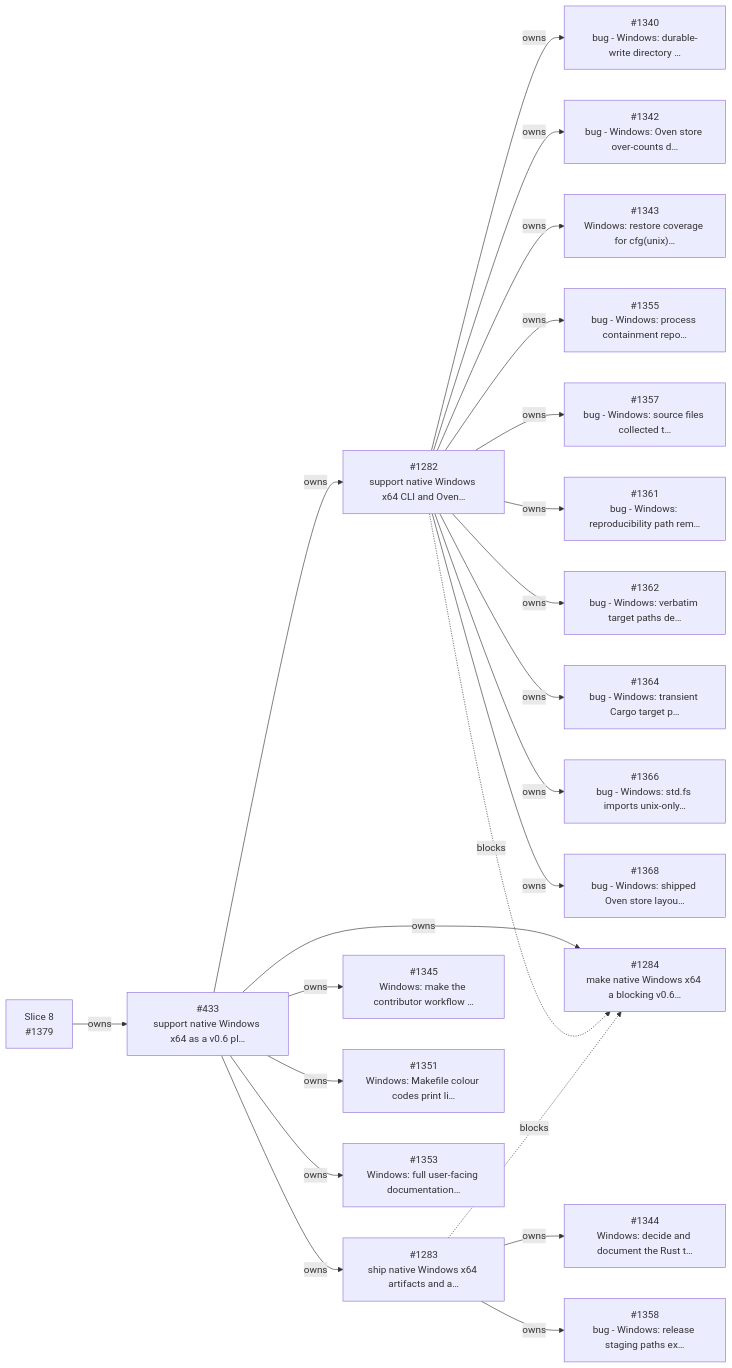
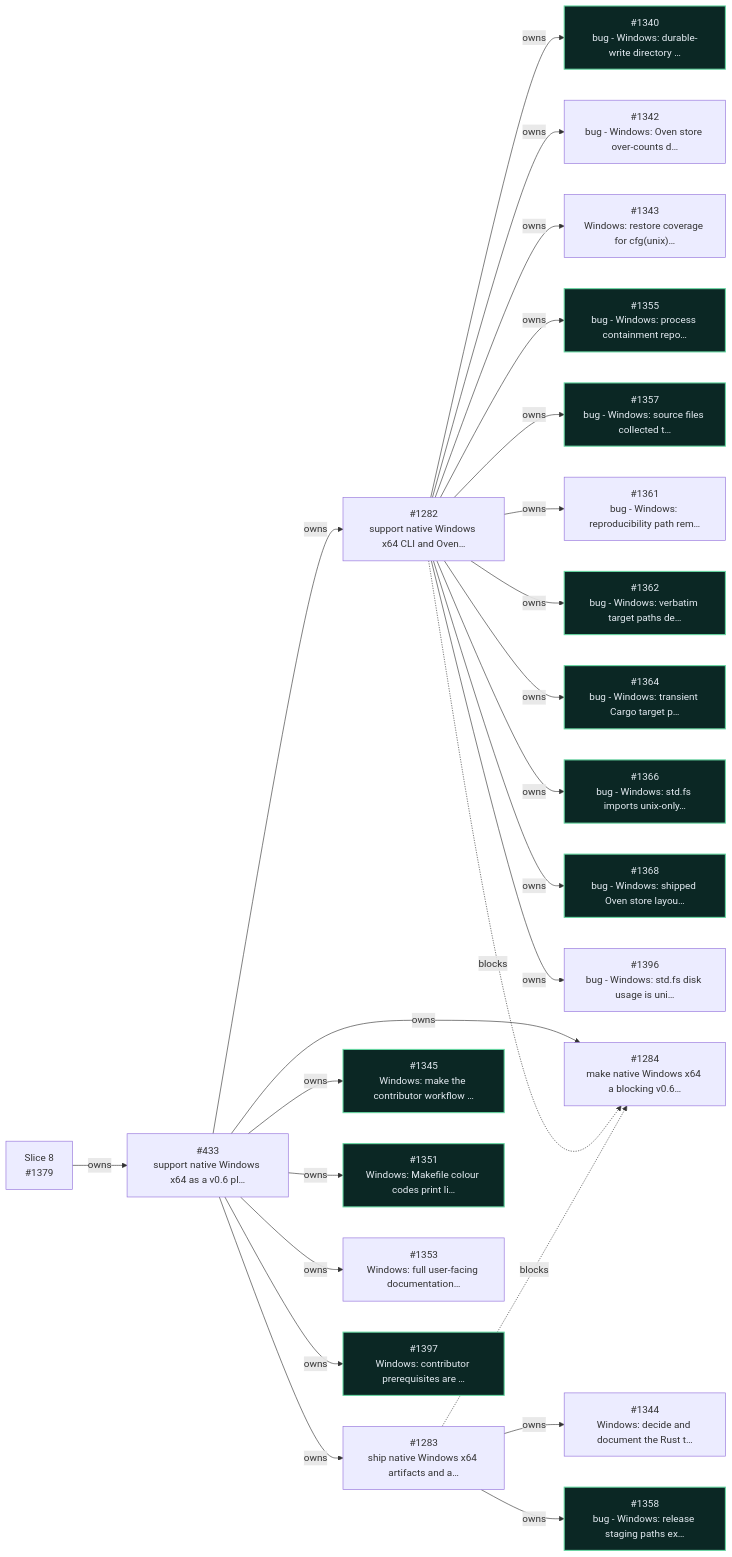
Before and after one commit to dannys-code-corner/incan: the eighth of 9 diagrams in workspaces/docs-site/docs/_snippets/project/v0_6_roadmap.md, drawn with Mermaid. The commit also changed other lines of this file and 11 other files, not shown here.

````diff
--- a/workspaces/docs-site/docs/_snippets/project/v0_6_roadmap.md
+++ b/workspaces/docs-site/docs/_snippets/project/v0_6_roadmap.md
@@ -553,64 +552,72 @@
 ```mermaid
 flowchart LR
   i433["#433<br/>support native Windows x64 as a v0.6 pl…"]
   i1282["#1282<br/>support native Windows x64 CLI and Oven…"]
   i1283["#1283<br/>ship native Windows x64 artifacts and a…"]
   i1284["#1284<br/>make native Windows x64 a blocking v0.6…"]
   i1340["#1340<br/>bug - Windows: durable-write directory …"]
   i1342["#1342<br/>bug - Windows: Oven store over-counts d…"]
   i1343["#1343<br/>Windows: restore coverage for cfg(unix)…"]
   i1344["#1344<br/>Windows: decide and document the Rust t…"]
   i1345["#1345<br/>Windows: make the contributor workflow …"]
   i1351["#1351<br/>Windows: Makefile colour codes print li…"]
   i1353["#1353<br/>Windows: full user-facing documentation…"]
   i1355["#1355<br/>bug - Windows: process containment repo…"]
   i1357["#1357<br/>bug - Windows: source files collected t…"]
   i1358["#1358<br/>bug - Windows: release staging paths ex…"]
   i1361["#1361<br/>bug - Windows: reproducibility path rem…"]
   i1362["#1362<br/>bug - Windows: verbatim target paths de…"]
   i1364["#1364<br/>bug - Windows: transient Cargo target p…"]
   i1366["#1366<br/>bug - Windows: std.fs imports unix-only…"]
   i1368["#1368<br/>bug - Windows: shipped Oven store layou…"]
   s1379["Slice 8<br/>#1379"]
+  i1396["#1396<br/>bug - Windows: std.fs disk usage is uni…"]
+  i1397["#1397<br/>Windows: contributor prerequisites are …"]
   s1379 -- owns --> i433
   i433 -- owns --> i1282
   i433 -- owns --> i1283
   i433 -- owns --> i1284
   i1282 -- owns --> i1340
   i1282 -- owns --> i1342
   i1282 -- owns --> i1343
   i1283 -- owns --> i1344
   i433 -- owns --> i1345
   i433 -- owns --> i1351
   i433 -- owns --> i1353
   i1282 -- owns --> i1355
   i1282 -- owns --> i1357
   i1283 -- owns --> i1358
   i1282 -- owns --> i1361
   i1282 -- owns --> i1362
   i1282 -- owns --> i1364
   i1282 -- owns --> i1366
   i1282 -- owns --> i1368
+  i1282 -- owns --> i1396
+  i433 -- owns --> i1397
   i1282 -. blocks .-> i1284
   i1283 -. blocks .-> i1284
+  classDef incv06complete fill:#0b2724,stroke:#66d9a3,color:#e4ebf2,stroke-width:1.7px
+  class i1340,i1345,i1351,i1355,i1357,i1358,i1362,i1364,i1366,i1368,i1397 incv06complete
   click i433 href "https://github.com/encero-systems/incan/issues/433" "Open #433 on GitHub"
   click i1282 href "https://github.com/encero-systems/incan/issues/1282" "Open #1282 on GitHub"
   click i1283 href "https://github.com/encero-systems/incan/issues/1283" "Open #1283 on GitHub"
   click i1284 href "https://github.com/encero-systems/incan/issues/1284" "Open #1284 on GitHub"
   click i1340 href "https://github.com/encero-systems/incan/issues/1340" "Open #1340 on GitHub"
   click i1342 href "https://github.com/encero-systems/incan/issues/1342" "Open #1342 on GitHub"
   click i1343 href "https://github.com/encero-systems/incan/issues/1343" "Open #1343 on GitHub"
   click i1344 href "https://github.com/encero-systems/incan/issues/1344" "Open #1344 on GitHub"
   click i1345 href "https://github.com/encero-systems/incan/issues/1345" "Open #1345 on GitHub"
   click i1351 href "https://github.com/encero-systems/incan/issues/1351" "Open #1351 on GitHub"
   click i1353 href "https://github.com/encero-systems/incan/issues/1353" "Open #1353 on GitHub"
   click i1355 href "https://github.com/encero-systems/incan/issues/1355" "Open #1355 on GitHub"
   click i1357 href "https://github.com/encero-systems/incan/issues/1357" "Open #1357 on GitHub"
   click i1358 href "https://github.com/encero-systems/incan/issues/1358" "Open #1358 on GitHub"
   click i1361 href "https://github.com/encero-systems/incan/issues/1361" "Open #1361 on GitHub"
   click i1362 href "https://github.com/encero-systems/incan/issues/1362" "Open #1362 on GitHub"
   click i1364 href "https://github.com/encero-systems/incan/issues/1364" "Open #1364 on GitHub"
   click i1366 href "https://github.com/encero-systems/incan/issues/1366" "Open #1366 on GitHub"
   click i1368 href "https://github.com/encero-systems/incan/issues/1368" "Open #1368 on GitHub"
   click s1379 href "https://github.com/encero-systems/incan/issues/1379" "Open #1379 on GitHub"
+  click i1396 href "https://github.com/encero-systems/incan/issues/1396" "Open #1396 on GitHub"
+  click i1397 href "https://github.com/encero-systems/incan/issues/1397" "Open #1397 on GitHub"
 ```
````
